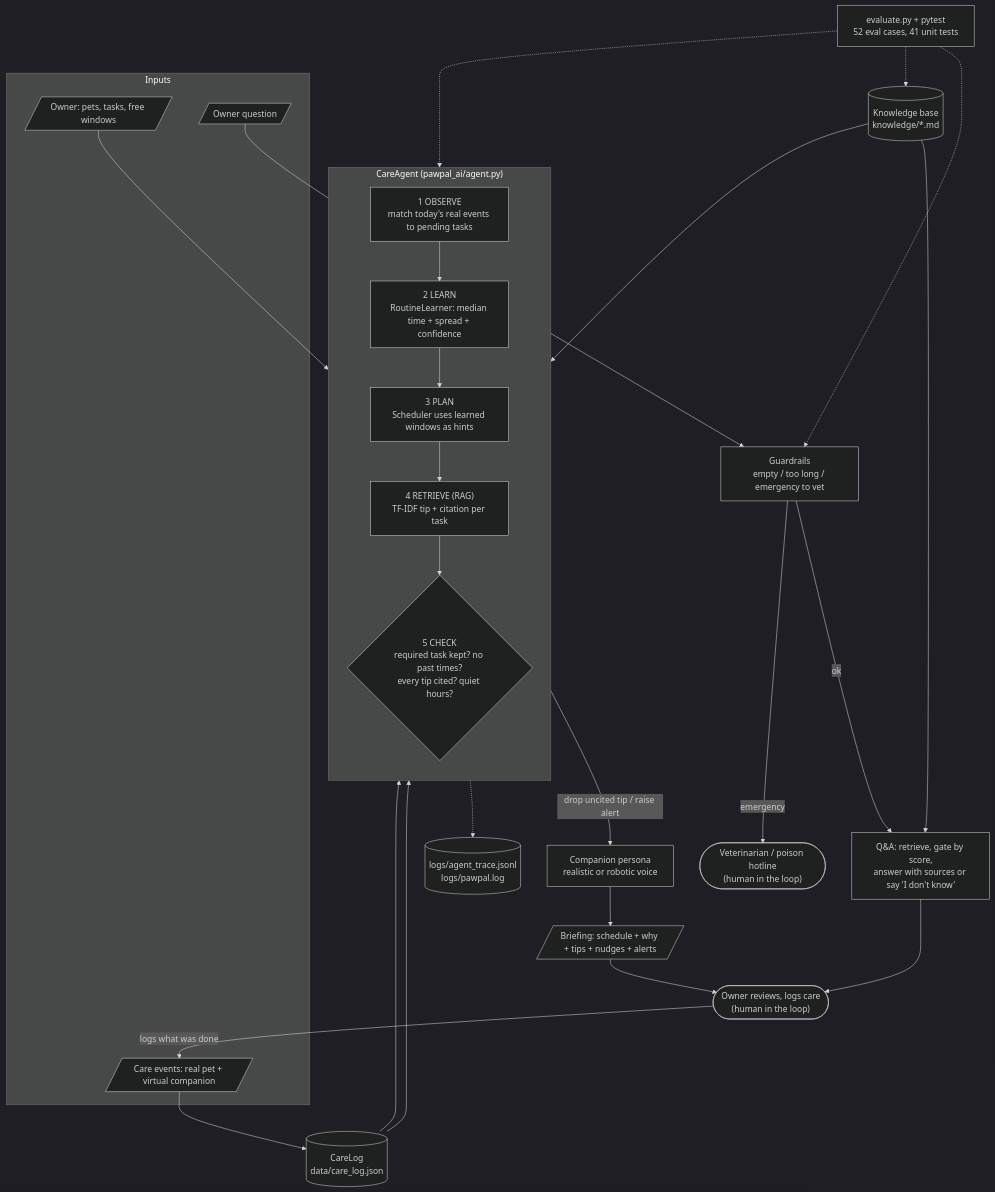
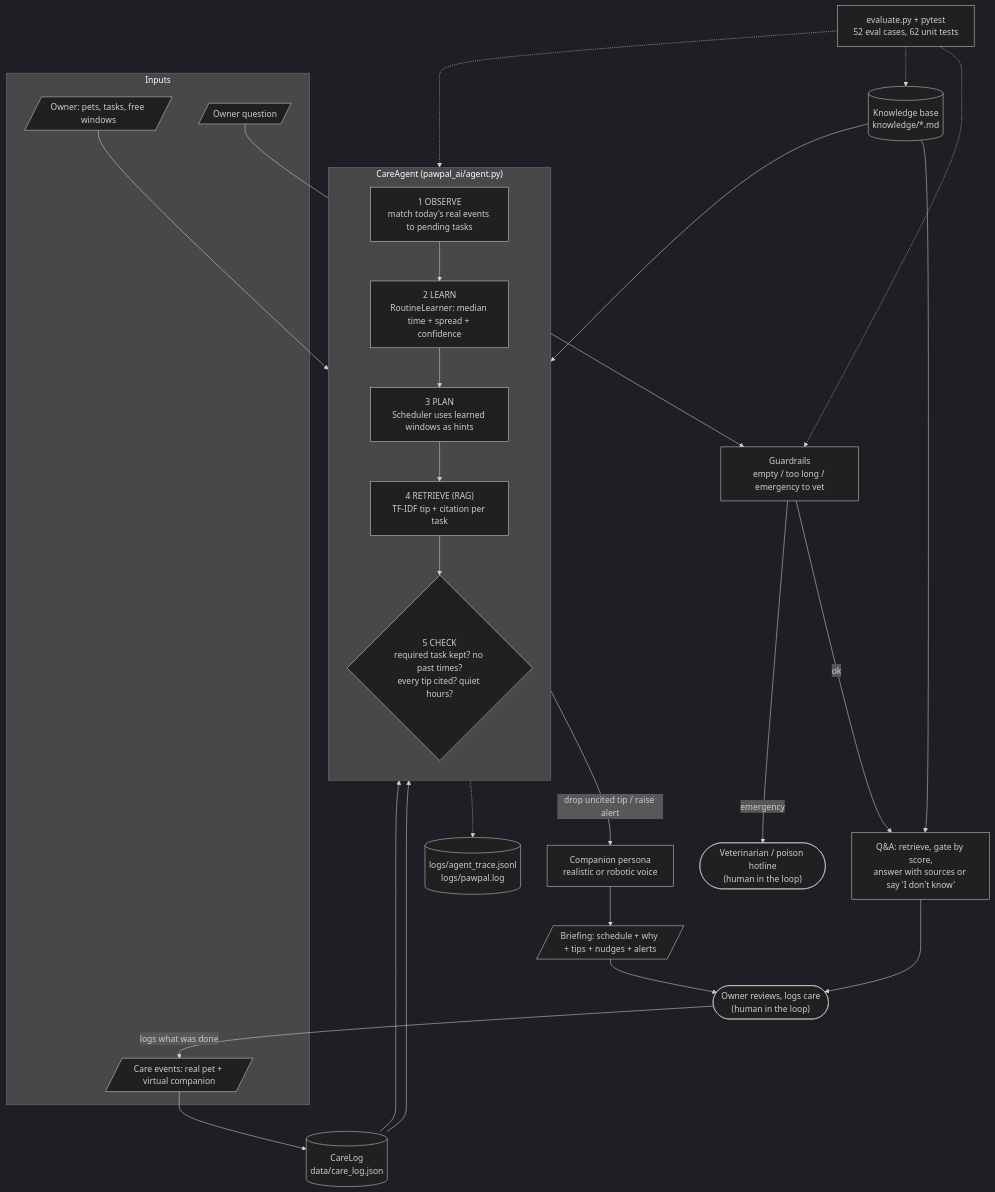
The diagram in README.md (KJhenelle/applied-ai-system-project), drawn with Mermaid (dark theme) before and after one commit. The commit also changed other lines of this file and 5 other files, not shown here.

````diff
--- a/README.md
+++ b/README.md
@@ -29,47 +41,47 @@
 ```mermaid
 flowchart TD
     subgraph Inputs
         OWNER[/"Owner: pets, tasks, free windows"/]
         EVENTS[/"Care events: real pet + virtual companion"/]
         QUESTION[/"Owner question"/]
     end
 
     LOG[("CareLog<br/>data/care_log.json")]
     KB[("Knowledge base<br/>knowledge/*.md")]
 
     subgraph Agent["CareAgent  (pawpal_ai/agent.py)"]
         direction TB
         OBS["1 OBSERVE<br/>match today's real events to pending tasks"]
         LEARN["2 LEARN<br/>RoutineLearner: median time + spread + confidence"]
         PLAN["3 PLAN<br/>Scheduler uses learned windows as hints"]
         RET["4 RETRIEVE (RAG)<br/>TF-IDF tip + citation per task"]
         CHECK{"5 CHECK<br/>required task kept? no past times?<br/>every tip cited? quiet hours?"}
         OBS --> LEARN --> PLAN --> RET --> CHECK
     end
 
     GUARD["Guardrails<br/>empty / too long / emergency to vet"]
     ASK["Q&A: retrieve, gate by score,<br/>answer with sources or say 'I don't know'"]
 
     COMP["Companion persona<br/>realistic or robotic voice"]
     OUT[/"Briefing: schedule + why + tips + nudges + alerts"/]
     VET(["Veterinarian / poison hotline<br/>(human in the loop)"])
     OWNERCHECK(["Owner reviews, logs care<br/>(human in the loop)"])
     TRACE[("logs/agent_trace.jsonl<br/>logs/pawpal.log")]
-    EVAL["evaluate.py + pytest<br/>52 eval cases, 41 unit tests"]
+    EVAL["evaluate.py + pytest<br/>52 eval cases, 62 unit tests"]
 
     OWNER --> OBS
     EVENTS --> LOG --> OBS
     LOG --> LEARN
     KB --> RET
     KB --> ASK
     QUESTION --> GUARD
     GUARD -- "ok" --> ASK
     GUARD -- "emergency" --> VET
     CHECK -- "drop uncited tip / raise alert" --> COMP --> OUT --> OWNERCHECK
     ASK --> OWNERCHECK
     OWNERCHECK -- "logs what was done" --> EVENTS
     Agent -.-> TRACE
     EVAL -.-> Agent
     EVAL -.-> GUARD
     EVAL -.-> KB
 ```
````
